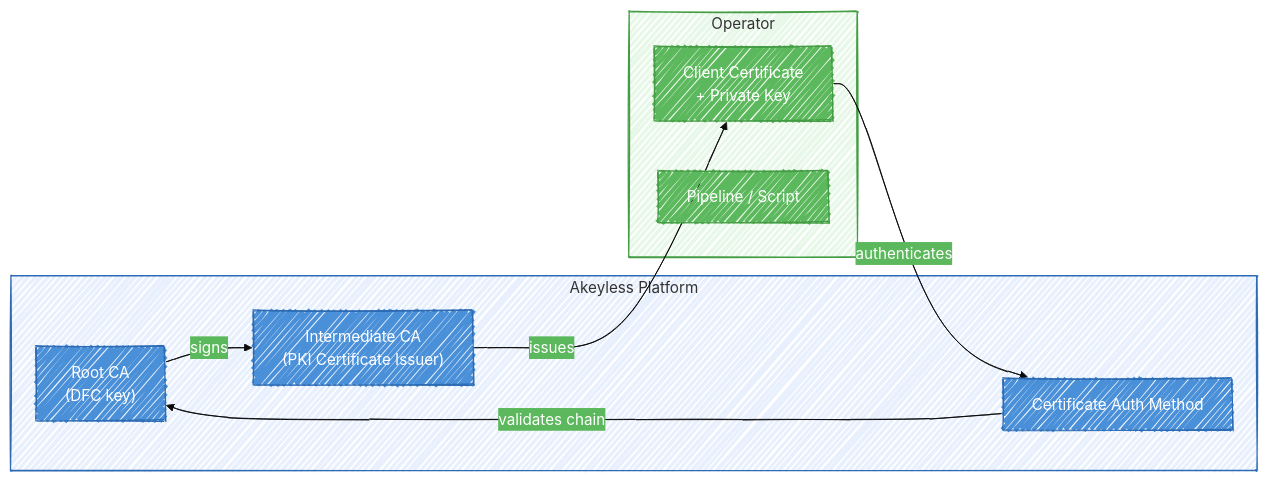
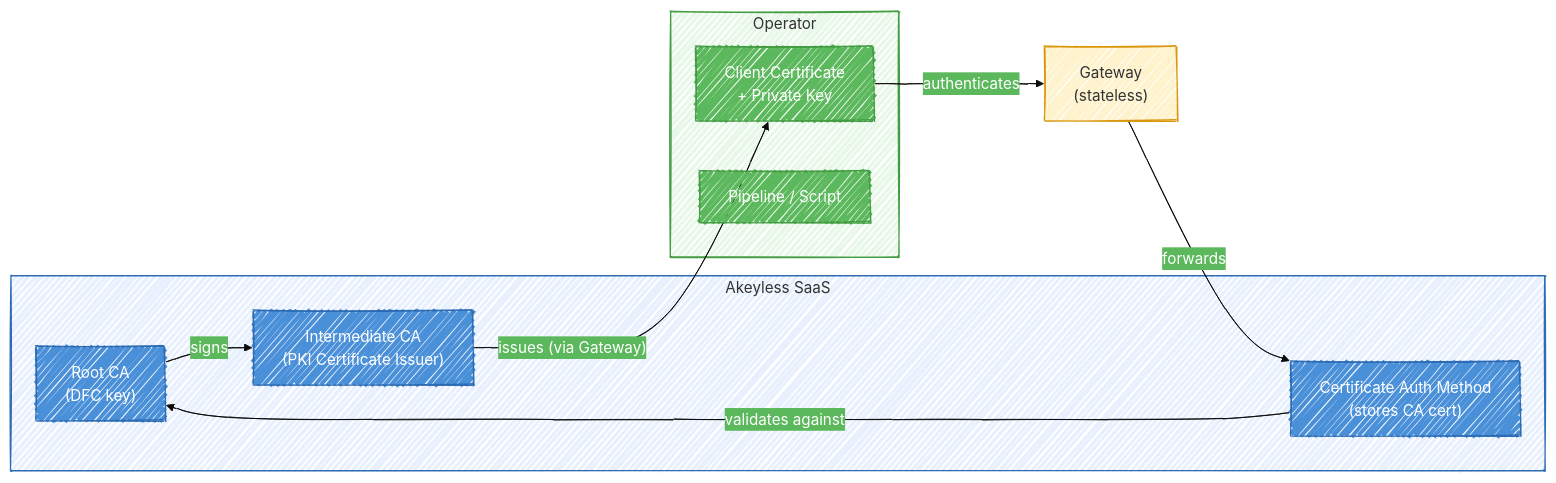
The fourth of 6 diagrams in README.md (Fahmy-Kadiri-akl/akeyless-certificate-auth), drawn with Mermaid before and after one commit. The commit also changed other lines of this file, not shown here.

Commit message:
Add Gateway to Option A and Option B architecture diagrams

````diff
--- a/README.md
+++ b/README.md
@@ -214,41 +214,45 @@
 ```mermaid
 ---
 config:
   look: handDrawn
   theme: base
   themeVariables:
     primaryColor: "#4A90D9"
     primaryTextColor: "#fff"
     primaryBorderColor: "#2D6CB4"
     secondaryColor: "#5CB85C"
     secondaryTextColor: "#fff"
     secondaryBorderColor: "#449D44"
     tertiaryColor: "#F0AD4E"
     tertiaryTextColor: "#fff"
     tertiaryBorderColor: "#D9960A"
 ---
 graph LR
-    subgraph Akeyless["Akeyless Platform"]
+    subgraph Akeyless["Akeyless SaaS"]
         ROOT_KEY["Root CA<br/>(DFC key)"]
         INT_KEY["Intermediate CA<br/>(PKI Certificate Issuer)"]
-        AUTH["Certificate Auth Method"]
+        AUTH["Certificate Auth Method<br/>(stores CA cert)"]
     end
+
+    GW["Gateway<br/>(stateless)"]
 
     subgraph Operator["Operator"]
         CLIENT["Client Certificate<br/>+ Private Key"]
         CLI["Pipeline / Script"]
     end
 
     ROOT_KEY -->|signs| INT_KEY
-    INT_KEY -->|issues| CLIENT
-    CLIENT -->|authenticates| AUTH
-    AUTH -->|validates chain| ROOT_KEY
+    INT_KEY -->|"issues (via Gateway)"| CLIENT
+    CLIENT -->|authenticates| GW
+    GW -->|forwards| AUTH
+    AUTH -->|validates against| ROOT_KEY
 
     style Akeyless fill:#E8F0FE,stroke:#2D6CB4,color:#333
     style ROOT_KEY fill:#4A90D9,stroke:#2D6CB4,color:#fff
     style INT_KEY fill:#4A90D9,stroke:#2D6CB4,color:#fff
     style AUTH fill:#4A90D9,stroke:#2D6CB4,color:#fff
+    style GW fill:#FFF3CD,stroke:#D9960A,color:#333
     style Operator fill:#E8F8E8,stroke:#449D44,color:#333
     style CLIENT fill:#5CB85C,stroke:#449D44,color:#fff
     style CLI fill:#5CB85C,stroke:#449D44,color:#fff
 ```
````
